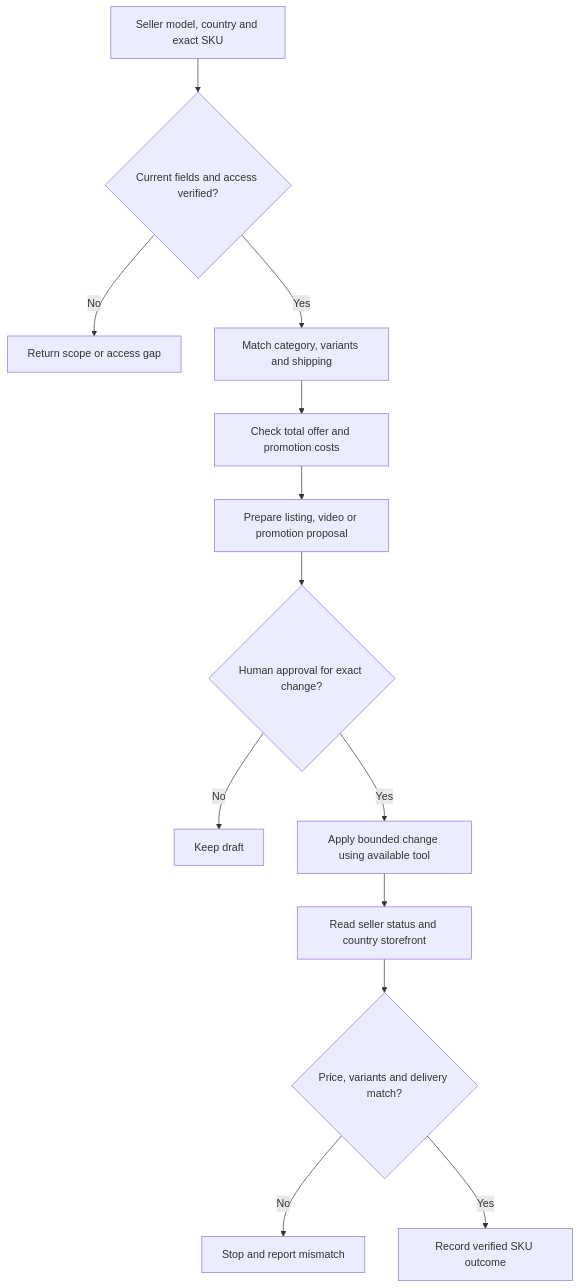
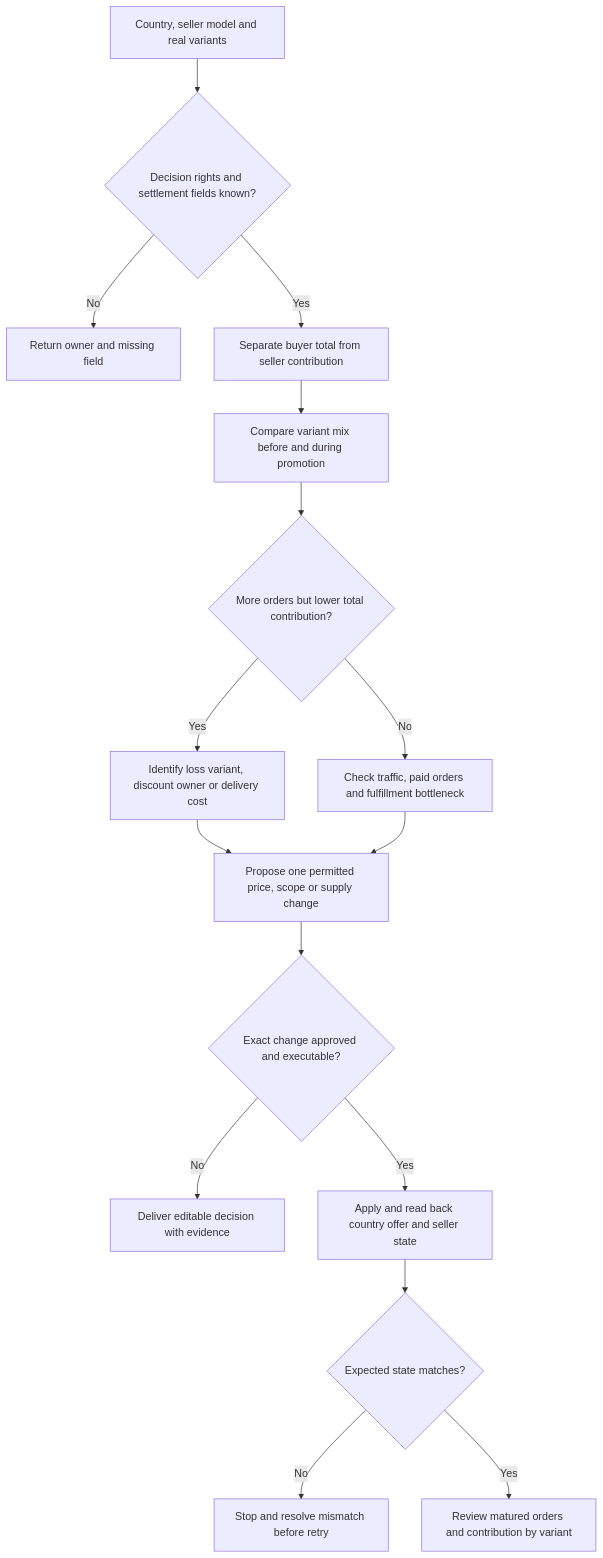
The diagram in skills/aliexpress-operations/SKILL.md (meowdoone/jingqiu-operator-skills), drawn with Mermaid before and after one commit. The commit also changed other lines of this file and 5 other files, not shown here.

Commit message:
Deepen TikTok and AliExpress operating decisions; add tested promotion mix calculator

````diff
--- a/skills/aliexpress-operations/SKILL.md
+++ b/skills/aliexpress-operations/SKILL.md
@@ -74,15 +121,18 @@
 ```mermaid
 flowchart TD
-  A[Seller model, country and exact SKU] --> B{Current fields and access verified?}
-  B -- No --> C[Return scope or access gap]
-  B -- Yes --> D[Match category, variants and shipping]
-  D --> E[Check total offer and promotion costs]
-  E --> F[Prepare listing, video or promotion proposal]
-  F --> G{Human approval for exact change?}
-  G -- No --> H[Keep draft]
-  G -- Yes --> I[Apply bounded change using available tool]
-  I --> J[Read seller status and country storefront]
-  J --> K{Price, variants and delivery match?}
-  K -- No --> L[Stop and report mismatch]
-  K -- Yes --> M[Record verified SKU outcome]
+  A[Country, seller model and real variants] --> B{Decision rights and settlement fields known?}
+  B -- No --> C[Return owner and missing field]
+  B -- Yes --> D[Separate buyer total from seller contribution]
+  D --> E[Compare variant mix before and during promotion]
+  E --> F{More orders but lower total contribution?}
+  F -- Yes --> G[Identify loss variant, discount owner or delivery cost]
+  F -- No --> H[Check traffic, paid orders and fulfillment bottleneck]
+  G --> I[Propose one permitted price, scope or supply change]
+  H --> I
+  I --> J{Exact change approved and executable?}
+  J -- No --> K[Deliver editable decision with evidence]
+  J -- Yes --> L[Apply and read back country offer and seller state]
+  L --> M{Expected state matches?}
+  M -- No --> N[Stop and resolve mismatch before retry]
+  M -- Yes --> O[Review matured orders and contribution by variant]
 ```
````
